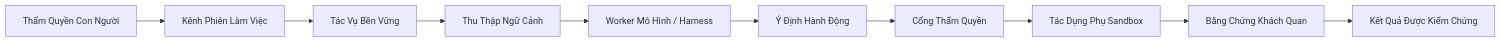
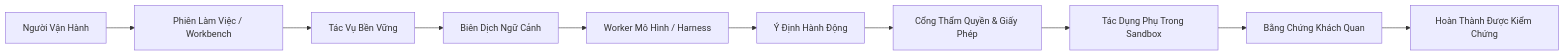
The diagram in docs/i18n/README.vi.md (civi0411/Custos), drawn with Mermaid before and after one commit. The commit also changed other lines of this file and 7 other files, not shown here.

Commit message:
docs(i18n): harmonize SADE architectural specifications across 7 languages

````diff
--- a/docs/i18n/README.vi.md
+++ b/docs/i18n/README.vi.md
@@ -47,12 +48,12 @@
 ```mermaid
 flowchart LR
-    Human[Thẩm Quyền Con Người] --> Session[Kênh Phiên Làm Việc]
+    Human[Người Vận Hành] --> Session[Phiên Làm Việc / Workbench]
     Session --> Task[Tác Vụ Bền Vững]
-    Task --> Context[Thu Thập Ngữ Cảnh]
+    Task --> Context[Biên Dịch Ngữ Cảnh]
     Context --> Worker[Worker Mô Hình / Harness]
     Worker --> Intent[Ý Định Hành Động]
-    Intent --> Gate[Cổng Thẩm Quyền]
-    Gate --> Effect[Tác Dụng Phụ Sandbox]
+    Intent --> Gate[Cổng Thẩm Quyền & Giấy Phép]
+    Gate --> Effect[Tác Dụng Phụ Trong Sandbox]
     Effect --> Evidence[Bằng Chứng Khách Quan]
-    Evidence --> Outcome[Kết Quả Được Kiểm Chứng]
+    Evidence --> Outcome[Hoàn Thành Được Kiểm Chứng]
 ```
````
